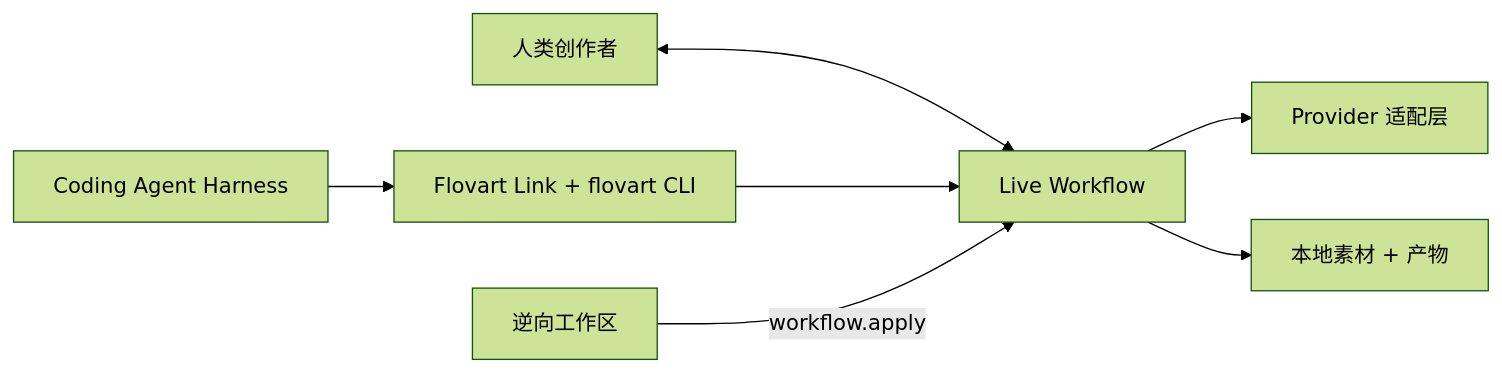
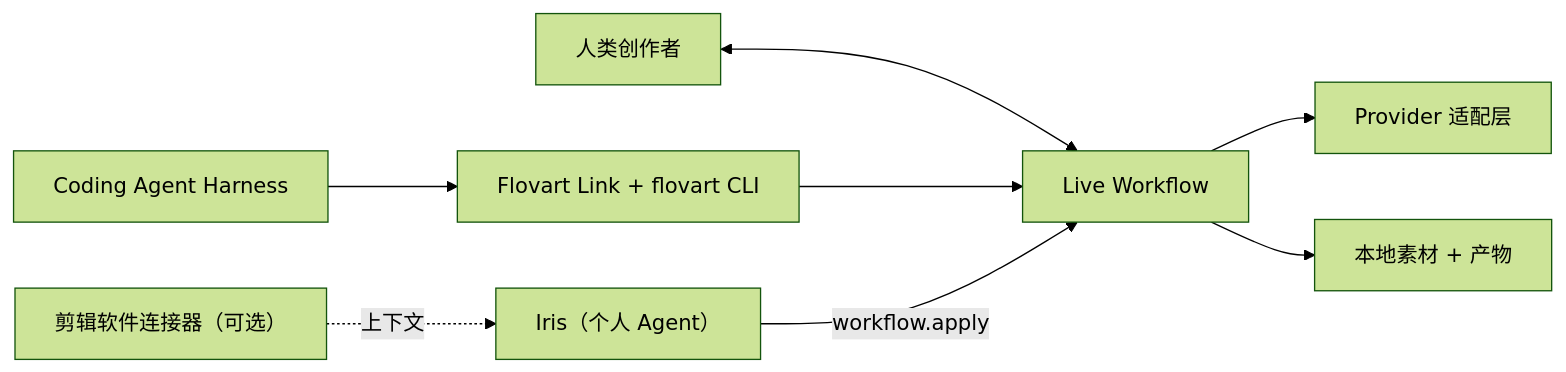
The diagram in README.zh-CN.md (avabbbb/Flovart), drawn with Mermaid (forest theme) before and after one commit. The commit also changed other lines of this file and 13 other files, not shown here.

````diff
--- a/README.zh-CN.md
+++ b/README.zh-CN.md
@@ -169,9 +171,10 @@
 ```mermaid
 flowchart LR
   H["人类创作者"] <--> W["Live Workflow"]
   A["Coding Agent Harness"] --> L["Flovart Link + flovart CLI"]
   L --> W
   W --> P["Provider 适配层"]
   W --> R["本地素材 + 产物"]
-  RV["逆向工作区"] -->|"workflow.apply"| W
+  IR["Iris（个人 Agent）"] -->|"workflow.apply"| W
+  HC["剪辑软件连接器（可选）"] -.->|"上下文"| IR
 ```
````
